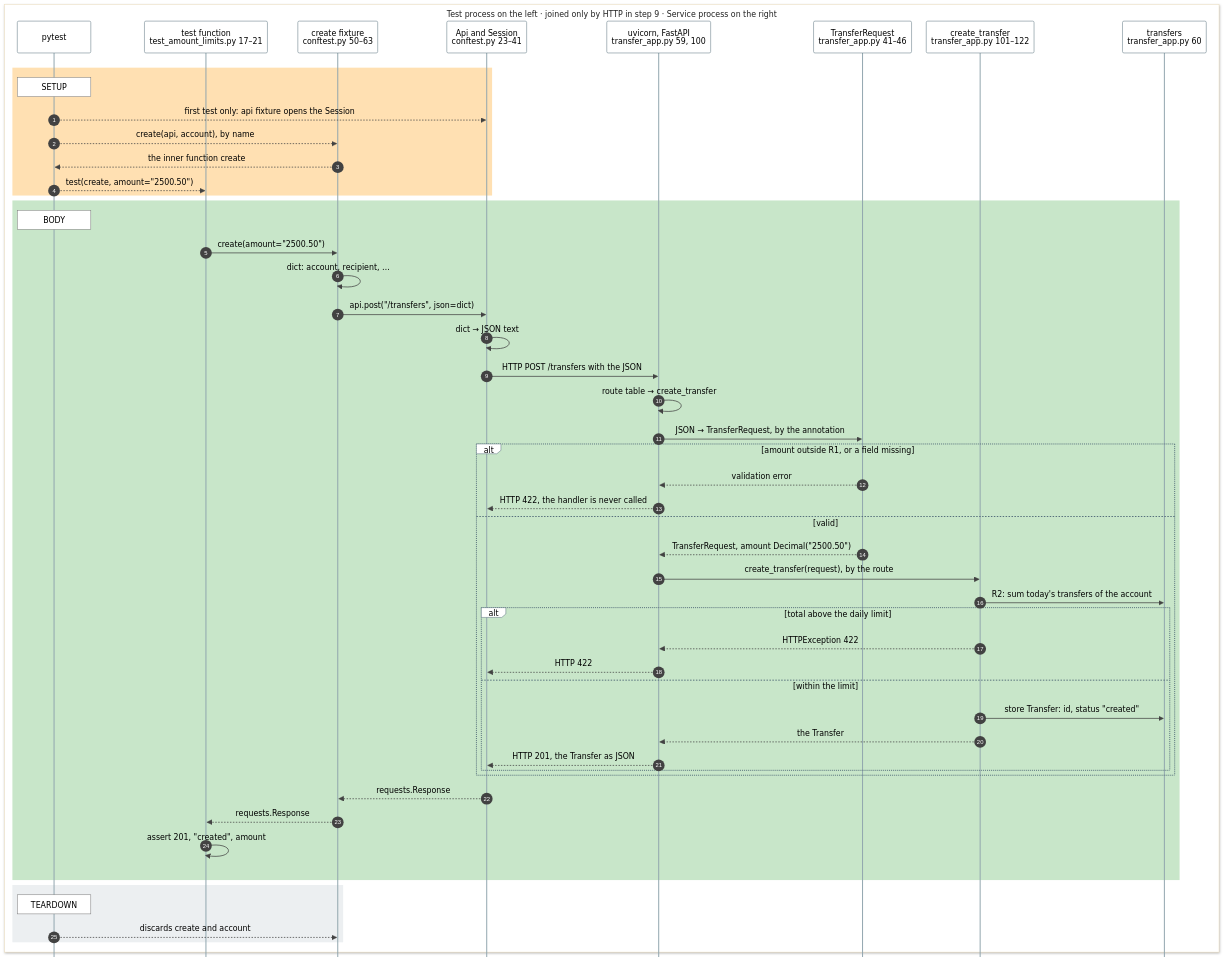
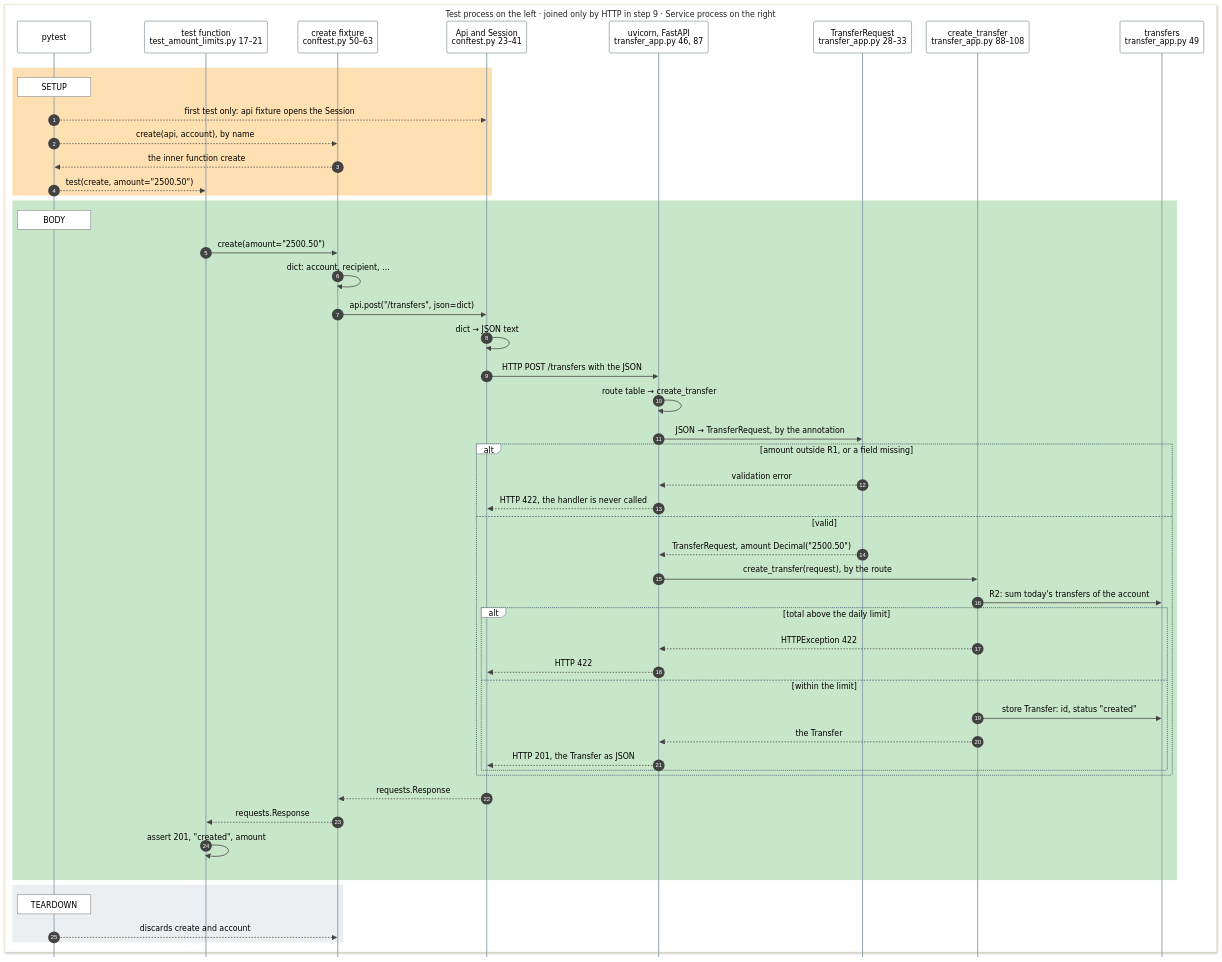
One commit to tiavelum/test-automation-demo changed the second of 4 diagrams in docs/how-the-api-tests-work.md. Above: the diagram before and after it, drawn with Mermaid. The commit also changed other lines of this file and 1 other file, not shown here.

````diff
--- a/docs/how-the-api-tests-work.md
+++ b/docs/how-the-api-tests-work.md
@@ -138,60 +138,60 @@
 ```mermaid
 %%{init: {"theme": "base", "sequence": {"actorMargin": 30, "messageMargin": 40, "mirrorActors": false, "boxTextMargin": 6}, "themeVariables": {"darkMode": false, "background": "#FFFFFF", "fontSize": "15px", "textColor": "#212121", "titleColor": "#212121", "primaryTextColor": "#212121", "secondaryTextColor": "#212121", "tertiaryTextColor": "#212121", "lineColor": "#424242", "actorBkg": "#FFFFFF", "actorBorder": "#546E7A", "actorTextColor": "#000000", "actorLineColor": "#90A4AE", "signalColor": "#424242", "signalTextColor": "#000000", "noteBkgColor": "#FFFFFF", "noteBorderColor": "#757575", "noteTextColor": "#000000", "labelBoxBkgColor": "#FFFFFF", "labelBoxBorderColor": "#546E7A", "labelTextColor": "#000000", "loopTextColor": "#000000", "sequenceNumberColor": "#FFFFFF"}}}%%
 sequenceDiagram
   autonumber
   box rgb(255, 255, 255) Test process on the left · joined only by HTTP in step 9 · Service process on the right
   participant P as pytest
   participant T as test function<br/>test_amount_limits.py 17–21
   participant C as create fixture<br/>conftest.py 50–63
   participant S as Api and Session<br/>conftest.py 23–41
-  participant F as uvicorn, FastAPI<br/>transfer_app.py 59, 100
-  participant M as TransferRequest<br/>transfer_app.py 41–46
-  participant H as create_transfer<br/>transfer_app.py 101–122
-  participant D as transfers<br/>transfer_app.py 60
+  participant F as uvicorn, FastAPI<br/>transfer_app.py 46, 87
+  participant M as TransferRequest<br/>transfer_app.py 28–33
+  participant H as create_transfer<br/>transfer_app.py 88–108
+  participant D as transfers<br/>transfer_app.py 49
   end
 
   rect rgb(255, 255, 255)
   rect rgb(255, 224, 178)
     Note over P: SETUP
     P-->>S: first test only: api fixture opens the Session
     P-->>C: create(api, account), by name
     C-->>P: the inner function create
     P-->>T: test(create, amount="2500.50")
   end
 
   rect rgb(200, 230, 201)
     Note over P: BODY
     T->>C: create(amount="2500.50")
     C->>C: dict: account, recipient, …
     C->>S: api.post("/transfers", json=dict)
     S->>S: dict → JSON text
     S->>F: HTTP POST /transfers with the JSON
     F->>F: route table → create_transfer
     F->>M: JSON → TransferRequest, by the annotation
     alt amount outside R1, or a field missing
       M-->>F: validation error
       F-->>S: HTTP 422, the handler is never called
     else valid
       M-->>F: TransferRequest, amount Decimal("2500.50")
       F->>H: create_transfer(request), by the route
       H->>D: R2: sum today's transfers of the account
       alt total above the daily limit
         H-->>F: HTTPException 422
         F-->>S: HTTP 422
       else within the limit
         H->>D: store Transfer: id, status "created"
         H-->>F: the Transfer
         F-->>S: HTTP 201, the Transfer as JSON
       end
     end
     S-->>C: requests.Response
     C-->>T: requests.Response
     T->>T: assert 201, "created", amount
   end
 
   rect rgb(236, 239, 241)
     Note over P: TEARDOWN
     P-->>C: discards create and account
   end
   end
 ```
````
